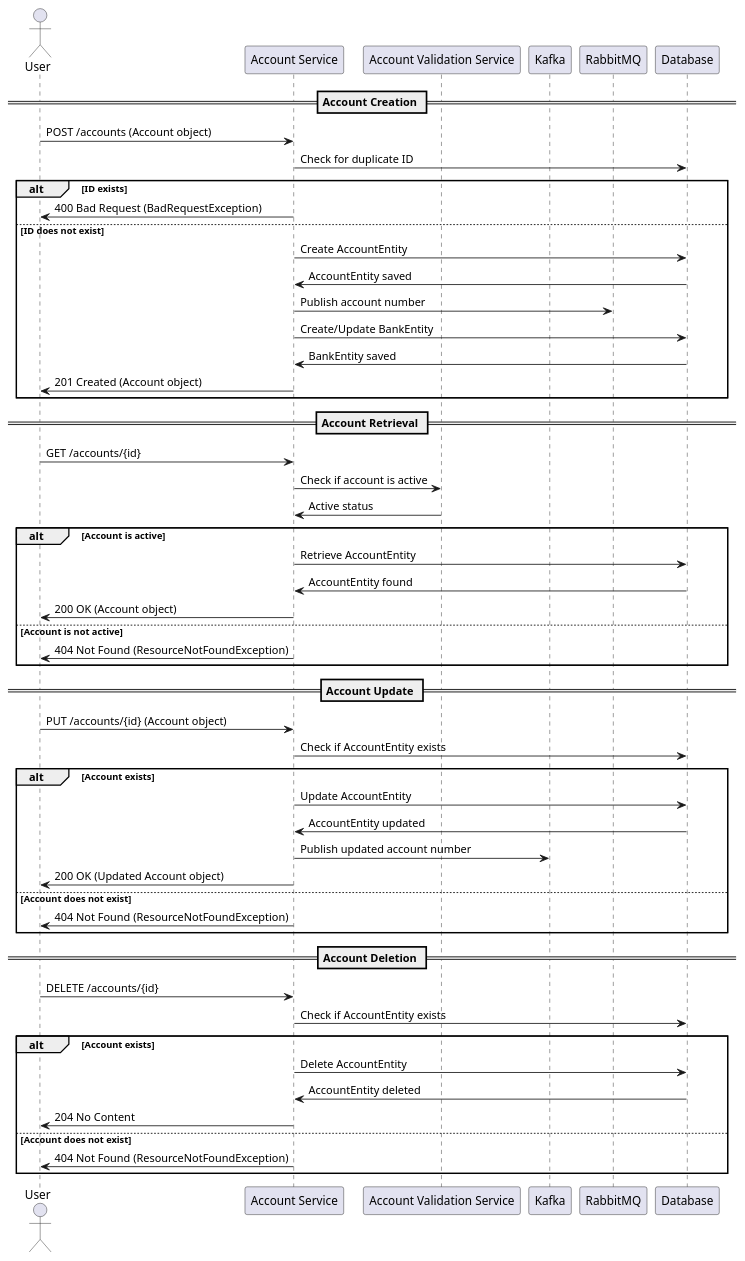
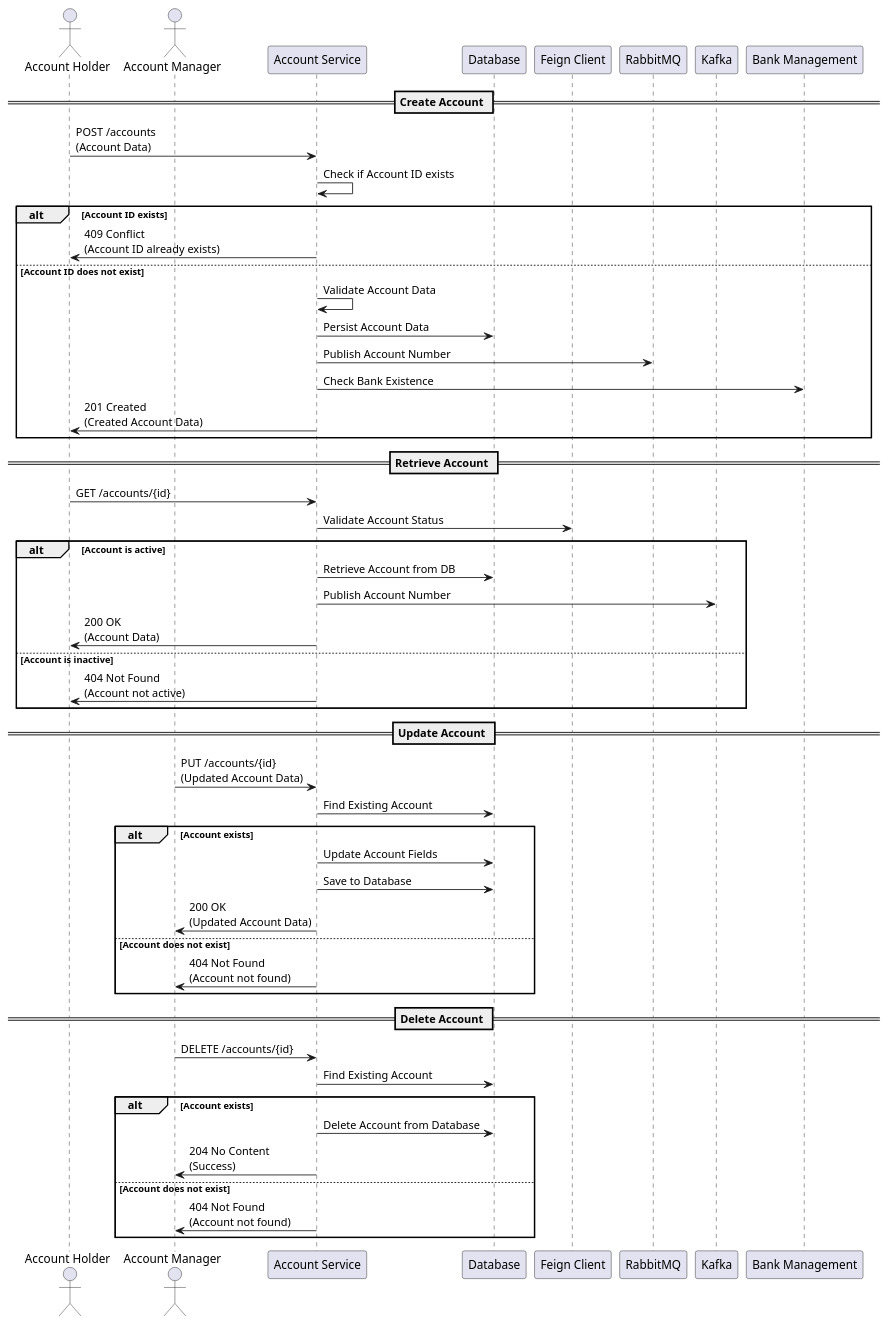
The diagram in design_document/AccountService.md (Bhaskar-Pavan/AccountService), drawn with PlantUML before and after one commit. The commit also changed other lines of this file, not shown here.

````diff
--- a/design_document/AccountService.md
+++ b/design_document/AccountService.md
@@ -40,60 +37,58 @@
 ```plantuml
 @startuml
-actor User
-participant "Account Service" as AccountService
-participant "Account Validation Service" as AccountValidationService
-participant "Kafka" as Kafka
-participant "RabbitMQ" as RabbitMQ
-participant "Database" as Database
+actor "Account Holder" as AH
+actor "Account Manager" as AM
+participant "Account Service" as AS
+participant "Database" as DB
+participant "Feign Client" as FC
+participant "RabbitMQ" as RMQ
+participant "Kafka" as KAFKA
+participant "Bank Management" as BM
 
-== Account Creation ==
-User -> AccountService: POST /accounts (Account object)
-AccountService -> Database: Check for duplicate ID
-alt ID exists
-    AccountService -> User: 400 Bad Request (BadRequestException)
-else ID does not exist
-    AccountService -> Database: Create AccountEntity
-    Database -> AccountService: AccountEntity saved
-    AccountService -> RabbitMQ: Publish account number
-    AccountService -> Database: Create/Update BankEntity
-    Database -> AccountService: BankEntity saved
-    AccountService -> User: 201 Created (Account object)
+== Create Account ==
+AH -> AS : POST /accounts\n(Account Data)
+AS -> AS : Check if Account ID exists
+alt Account ID exists
+    AS -> AH : 409 Conflict\n(Account ID already exists)
+else Account ID does not exist
+    AS -> AS : Validate Account Data
+    AS -> DB : Persist Account Data
+    AS -> RMQ : Publish Account Number
+    AS -> BM : Check Bank Existence
+    AS -> AH : 201 Created\n(Created Account Data)
 end
 
-== Account Retrieval ==
-User -> AccountService: GET /accounts/{id}
-AccountService -> AccountValidationService: Check if account is active
-AccountValidationService -> AccountService: Active status
+== Retrieve Account ==
+AH -> AS : GET /accounts/{id}
+AS -> FC : Validate Account Status
 alt Account is active
-    AccountService -> Database: Retrieve AccountEntity
-    Database -> AccountService: AccountEntity found
-    AccountService -> User: 200 OK (Account object)
-else Account is not active
-    AccountService -> User: 404 Not Found (ResourceNotFoundException)
+    AS -> DB : Retrieve Account from DB
+    AS -> KAFKA : Publish Account Number
+    AS -> AH : 200 OK\n(Account Data)
+else Account is inactive
+    AS -> AH : 404 Not Found\n(Account not active)
 end
 
-== Account Update ==
-User -> AccountService: PUT /accounts/{id} (Account object)
-AccountService -> Database: Check if AccountEntity exists
+== Update Account ==
+AM -> AS : PUT /accounts/{id}\n(Updated Account Data)
+AS -> DB : Find Existing Account
 alt Account exists
-    AccountService -> Database: Update AccountEntity
-    Database -> AccountService: AccountEntity updated
-    AccountService -> Kafka: Publish updated account number
-    AccountService -> User: 200 OK (Updated Account object)
+    AS -> DB : Update Account Fields
+    AS -> DB : Save to Database
+    AS -> AM : 200 OK\n(Updated Account Data)
 else Account does not exist
-    AccountService -> User: 404 Not Found (ResourceNotFoundException)
+    AS -> AM : 404 Not Found\n(Account not found)
 end
 
-== Account Deletion ==
-User -> AccountService: DELETE /accounts/{id}
-AccountService -> Database: Check if AccountEntity exists
+== Delete Account ==
+AM -> AS : DELETE /accounts/{id}
+AS -> DB : Find Existing Account
 alt Account exists
-    AccountService -> Database: Delete AccountEntity
-    Database -> AccountService: AccountEntity deleted
-    AccountService -> User: 204 No Content
+    AS -> DB : Delete Account from Database
+    AS -> AM : 204 No Content\n(Success)
 else Account does not exist
-    AccountService -> User: 404 Not Found (ResourceNotFoundException)
+    AS -> AM : 404 Not Found\n(Account not found)
 end
 
 @enduml
 ```
````
